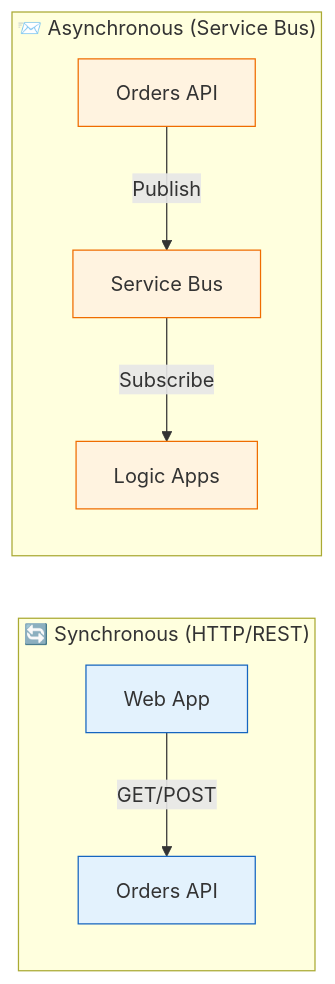
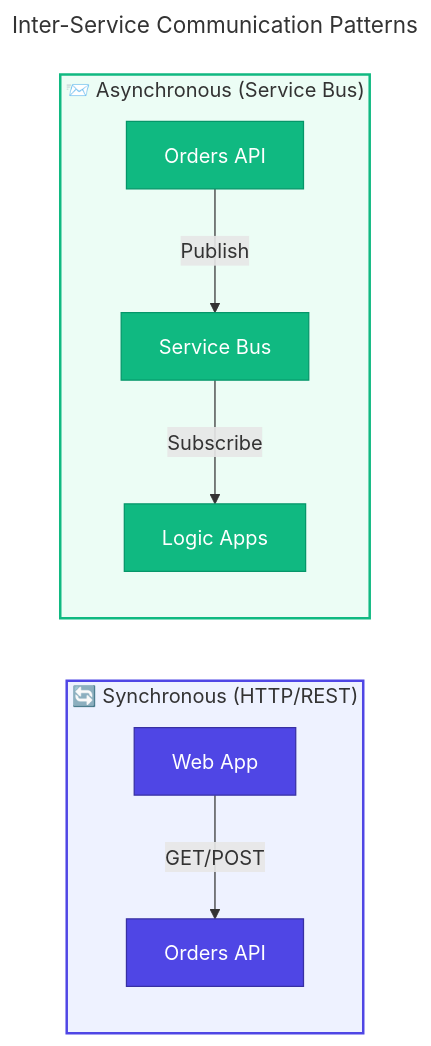
The fifth of 5 diagrams in docs/architecture/03-application-architecture.md (Evilazaro/Azure-LogicApps-Monitoring), drawn with Mermaid before and after one commit. The commit also changed other lines of this file, not shown here.

Commit message:
feat: Enhance application architecture documentation with updated landscape maps and component structures

````diff
--- a/docs/architecture/03-application-architecture.md
+++ b/docs/architecture/03-application-architecture.md
@@ -246,22 +305,33 @@
 ```mermaid
+---
+title: Inter-Service Communication Patterns
+---
 flowchart LR
+    %% ===== SYNCHRONOUS COMMUNICATION =====
     subgraph Sync["🔄 Synchronous (HTTP/REST)"]
         Web["Web App"]
         API["Orders API"]
         Web -->|"GET/POST"| API
     end
 
+    %% ===== ASYNCHRONOUS COMMUNICATION =====
     subgraph Async["📨 Asynchronous (Service Bus)"]
         API2["Orders API"]
         SB["Service Bus"]
         LA["Logic Apps"]
         API2 -->|"Publish"| SB
         SB -->|"Subscribe"| LA
     end
 
-    classDef sync fill:#e3f2fd,stroke:#1565c0
-    classDef async fill:#fff3e0,stroke:#ef6c00
+    %% ===== STYLES - NODE CLASSES =====
+    classDef primary fill:#4F46E5,stroke:#3730A3,color:#FFFFFF
+    classDef secondary fill:#10B981,stroke:#059669,color:#FFFFFF
 
-    class Web,API sync
-    class API2,SB,LA async
+    %% ===== CLASS ASSIGNMENTS =====
+    class Web,API primary
+    class API2,SB,LA secondary
+
+    %% ===== SUBGRAPH STYLES =====
+    style Sync fill:#EEF2FF,stroke:#4F46E5,stroke-width:2px
+    style Async fill:#ECFDF5,stroke:#10B981,stroke-width:2px
 ```
````
